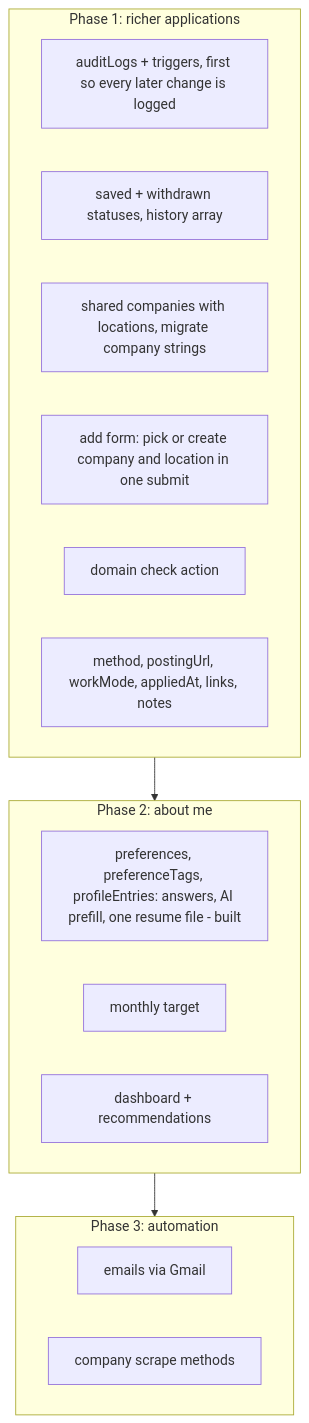
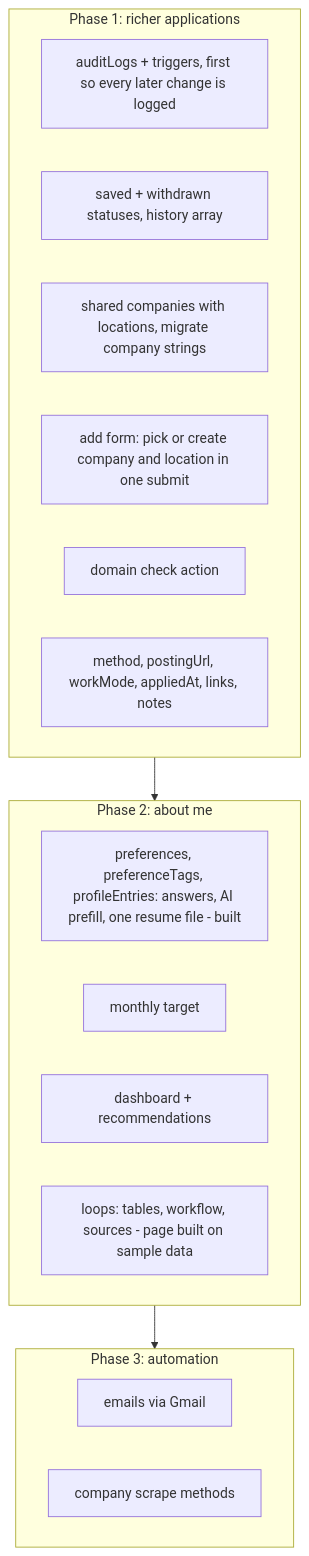
The ninth of 9 diagrams in docs/database-design.md (saranatour1/job-tracking-helper), drawn with Mermaid before and after one commit. The commit also changed other lines of this file and 11 other files, not shown here.

First line of the commit message:
feat(loops): lay out morning job searches and design their tables

````diff
--- a/docs/database-design.md
+++ b/docs/database-design.md
@@ -338,21 +456,22 @@
 ```mermaid
 flowchart TD
     subgraph P1[Phase 1: richer applications]
         S0[auditLogs + triggers, first so every later change is logged]
         S1[saved + withdrawn statuses, history array]
         S3[shared companies with locations, migrate company strings]
         S3b[add form: pick or create company and location in one submit]
         S3c[domain check action]
         S4[method, postingUrl, workMode, appliedAt, links, notes]
     end
     subgraph P2[Phase 2: about me]
         S5[preferences, preferenceTags, profileEntries: answers, AI prefill, one resume file - built]
         S6[monthly target]
         S8[dashboard + recommendations]
+        S10[loops: tables, workflow, sources - page built on sample data]
     end
     subgraph P3[Phase 3: automation]
         S9[emails via Gmail]
         S11[company scrape methods]
     end
     P1 --> P2 --> P3
 ```
````
